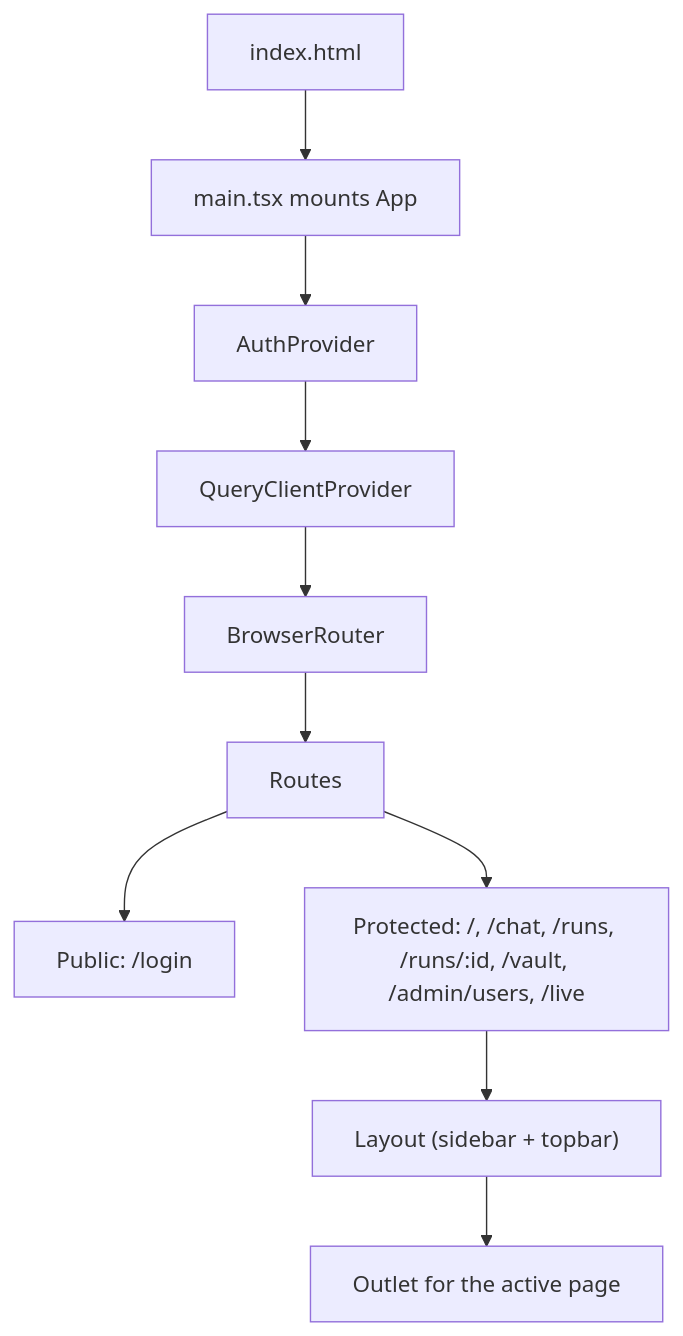
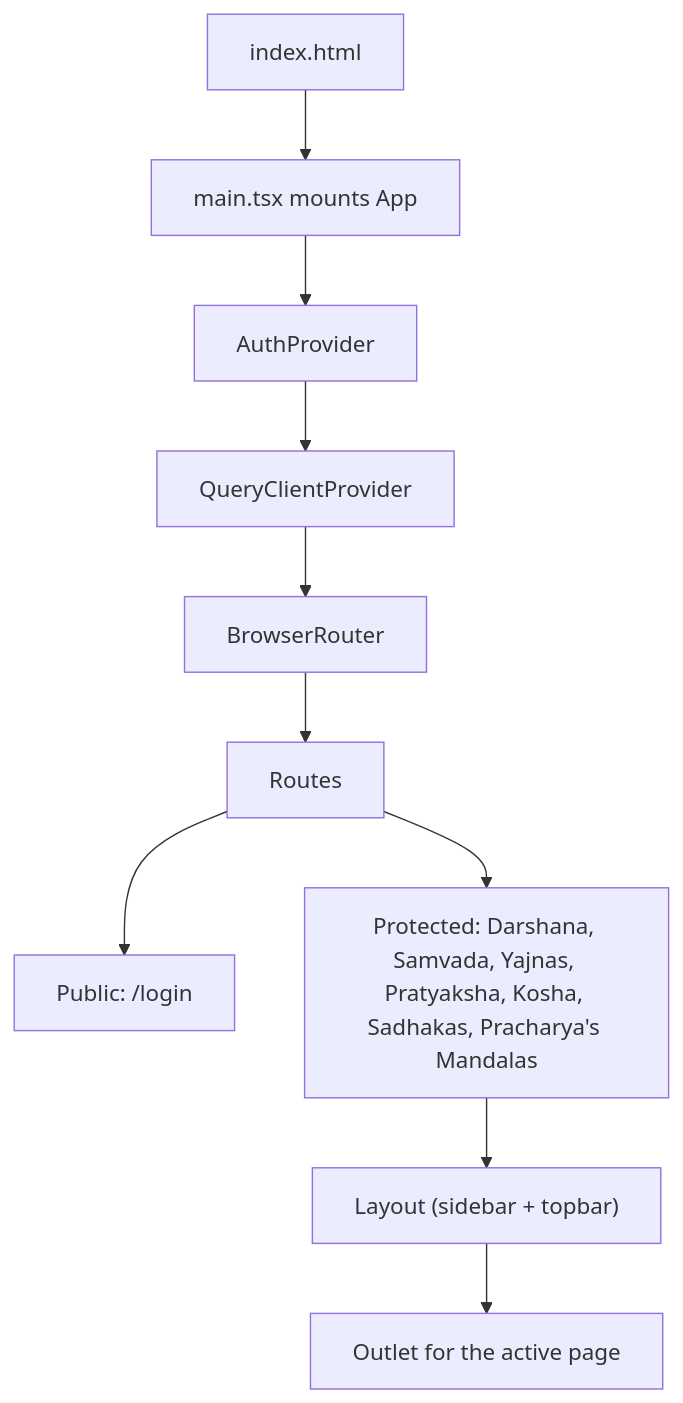
One commit to so-weak/Aakaar changed the first of 8 diagrams in documentation/src/04-Frontend-Architecture.md. Above: the diagram before and after it, drawn with Mermaid. The commit also changed other lines of this file and 56 other files, not shown here.

````diff
--- a/documentation/src/04-Frontend-Architecture.md
+++ b/documentation/src/04-Frontend-Architecture.md
@@ -27,12 +25,12 @@
 ```mermaid
 flowchart TD
   R["index.html"] --> M["main.tsx mounts App"]
   M --> P["AuthProvider"]
   P --> Q["QueryClientProvider"]
   Q --> RT["BrowserRouter"]
   RT --> RTS["Routes"]
   RTS --> PUB["Public: /login"]
-  RTS --> PRT["Protected: /, /chat, /runs, /runs/:id, /vault, /admin/users, /live"]
+  RTS --> PRT["Protected: Darshana, Samvada, Yajnas, Pratyaksha, Kosha, Sadhakas, Pracharya's Mandalas"]
   PRT --> L["Layout (sidebar + topbar)"]
   L --> O["Outlet for the active page"]
 ```
````
